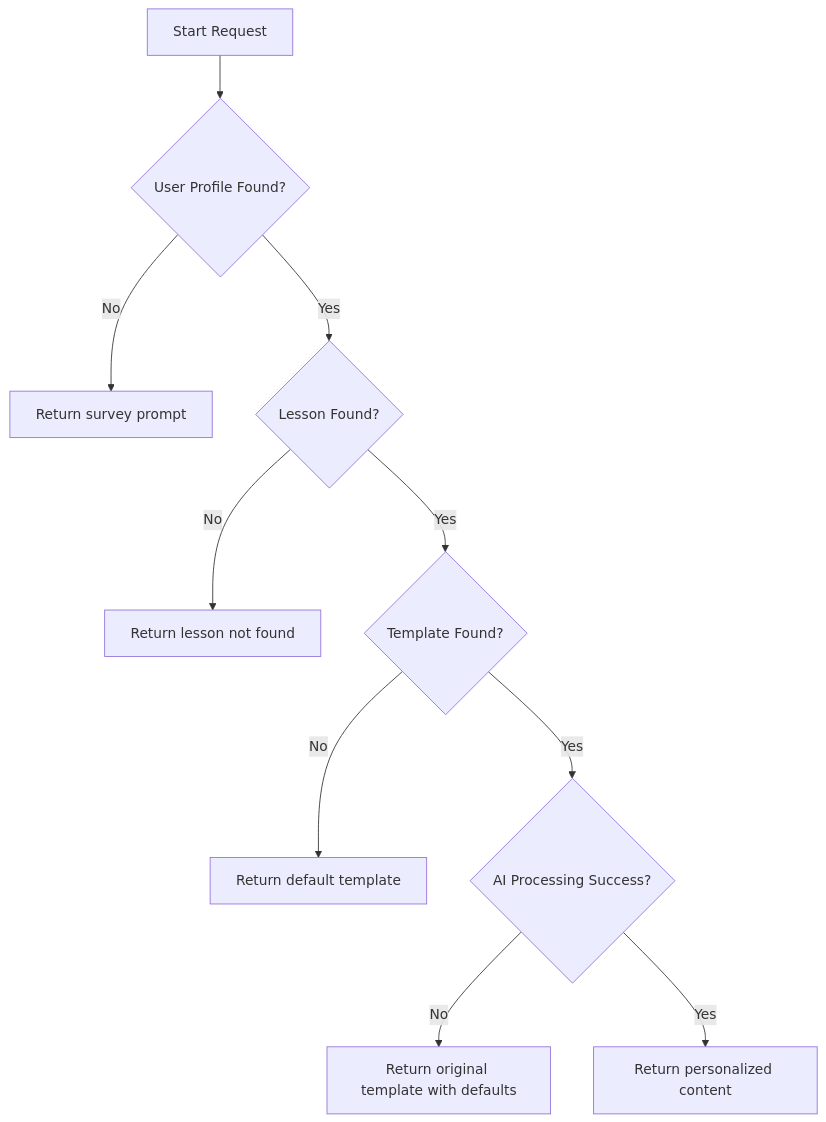
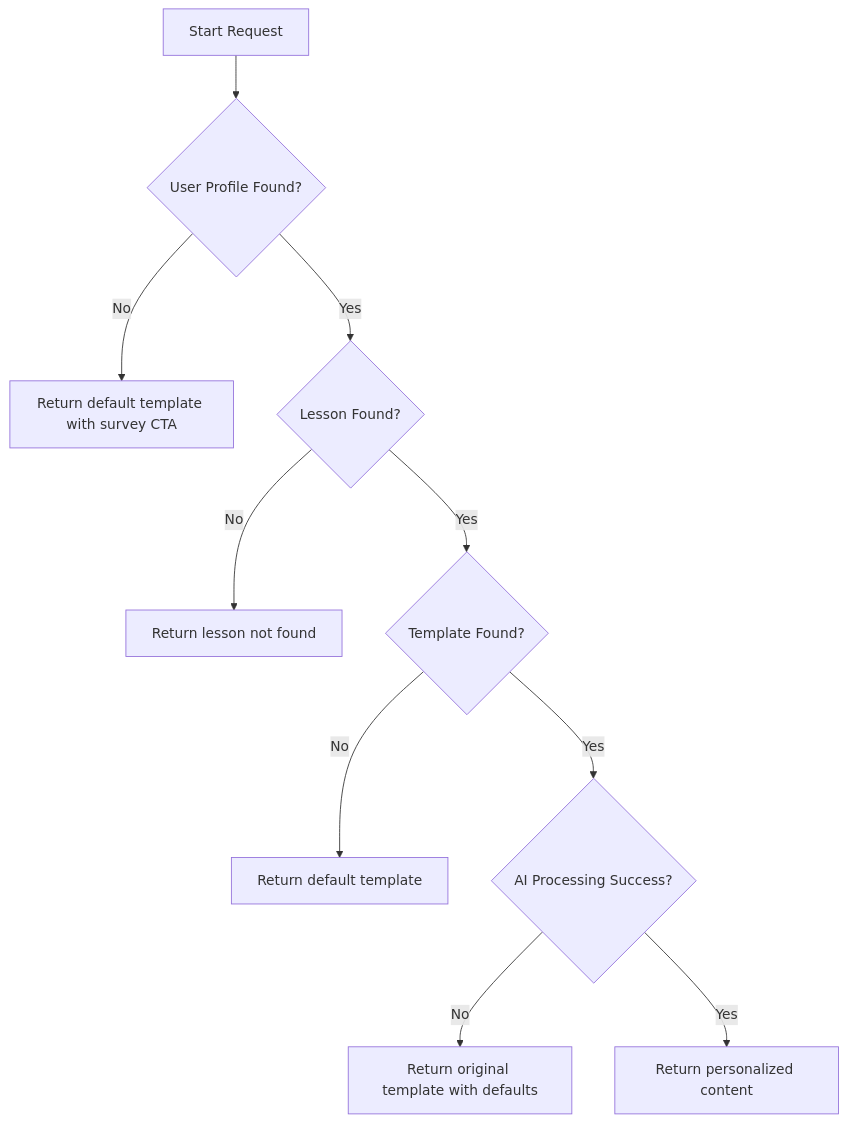
One commit to lommaks777/pesonalisev2 changed the fifth of 5 diagrams in .qoder/repowiki/en/content/Personalization Engine/Personalization Engine.md. Above: the diagram before and after it, drawn with Mermaid. The commit also changed other lines of this file and 16 other files, not shown here.

First line of the commit message:
feat(api): add CORS support and default template fallback for persona endpoints

````diff
--- a/.qoder/repowiki/en/content/Personalization Engine/Personalization Engine.md
+++ b/.qoder/repowiki/en/content/Personalization Engine/Personalization Engine.md
@@ -222,12 +262,12 @@
 ```mermaid
 flowchart TD
 A[Start Request] --> B{User Profile Found?}
-B --> |No| C[Return survey prompt]
+B --> |No| C[Return default template with survey CTA]
 B --> |Yes| D{Lesson Found?}
 D --> |No| E[Return lesson not found]
 D --> |Yes| F{Template Found?}
 F --> |No| G[Return default template]
 F --> |Yes| H{AI Processing Success?}
 H --> |No| I[Return original template with defaults]
 H --> |Yes| J[Return personalized content]
 ```
````
